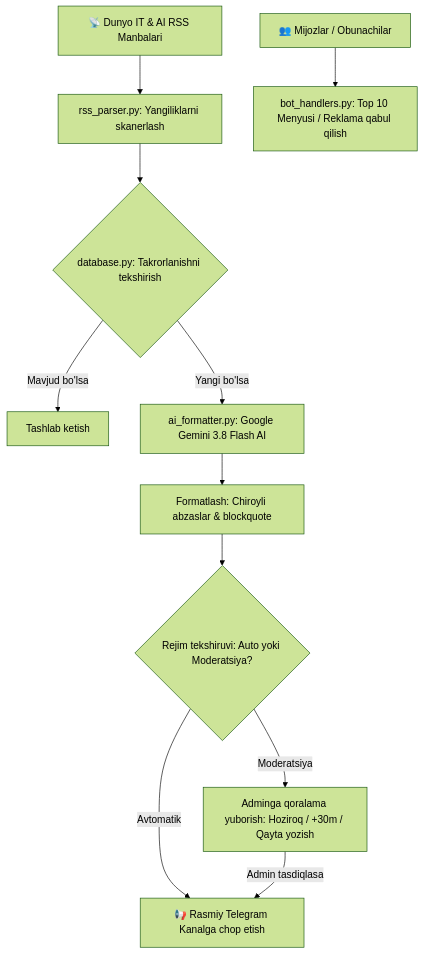
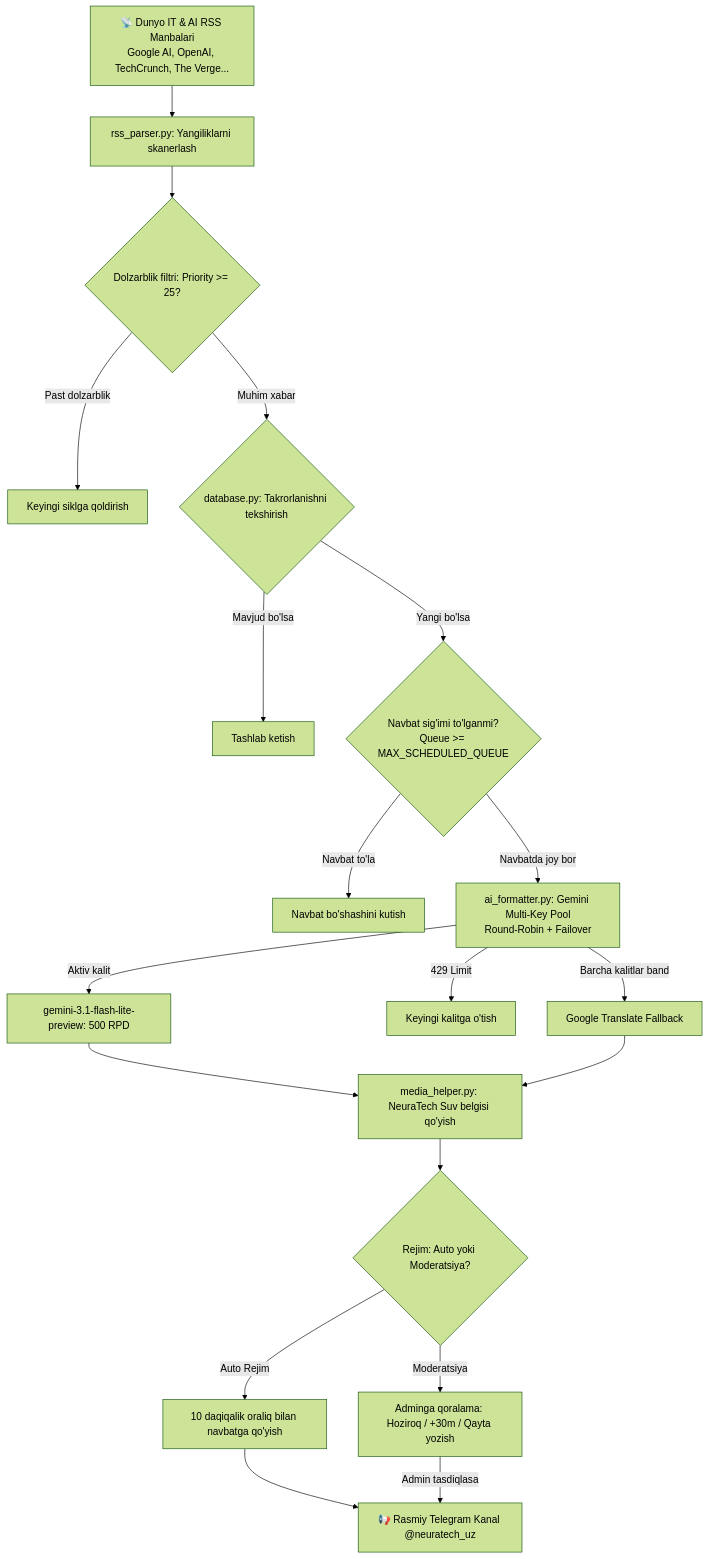
The diagram in README.md (SunnatDevPy/telegram_bot_anons_ai), drawn with Mermaid (forest theme) before and after one commit. The commit also changed other lines of this file and 5 other files, not shown here.

Commit message:
feat: upgrade queue auto-pruning, add clear_queue command, update README and env example

````diff
--- a/README.md
+++ b/README.md
@@ -92,13 +74,26 @@
 ```mermaid
 flowchart TD
-    RSS[📡 Dunyo IT & AI RSS Manbalari] --> Fetcher[rss_parser.py: Yangiliklarni skanerlash]
-    Fetcher --> Dedup{database.py: Takrorlanishni tekshirish}
-    Dedup -- "Mavjud bo'lsa" --> Skip[Tashlab ketish]
-    Dedup -- "Yangi bo'lsa" --> Gemini[ai_formatter.py: Google Gemini 3.8 Flash AI]
-    Gemini --> Formatter[Formatlash: Chiroyli abzaslar & blockquote]
-    Formatter --> ModeCheck{Rejim tekshiruvi: Auto yoki Moderatsiya?}
-    ModeCheck -- "Moderatsiya" --> AdminBot[Adminga qoralama yuborish: Hoziroq / +30m / Qayta yozish]
-    ModeCheck -- "Avtomatik" --> Channel[📢 Rasmiy Telegram Kanalga chop etish]
+    RSS[📡 Dunyo IT & AI RSS Manbalari\nGoogle AI, OpenAI, TechCrunch, The Verge...] --> Fetcher[rss_parser.py: Yangiliklarni skanerlash]
+    Fetcher --> Priority{Dolzarblik filtri: Priority >= 25?}
+    Priority -- "Past dolzarblik" --> Skip[Keyingi siklga qoldirish]
+    Priority -- "Muhim xabar" --> Dedup{database.py: Takrorlanishni tekshirish}
+    
+    Dedup -- "Mavjud bo'lsa" --> Drop[Tashlab ketish]
+    Dedup -- "Yangi bo'lsa" --> QueueCheck{Navbat sig'imi to'lganmi?\nQueue >= MAX_SCHEDULED_QUEUE}
+    QueueCheck -- "Navbat to'la" --> WaitQueue[Navbat bo'shashini kutish]
+    
+    QueueCheck -- "Navbatda joy bor" --> Pool[ai_formatter.py: Gemini Multi-Key Pool\nRound-Robin + Failover]
+    Pool -- "Aktiv kalit" --> FlashLite[gemini-3.1-flash-lite-preview: 500 RPD]
+    Pool -- "429 Limit" --> NextKey[Keyingi kalitga o'tish]
+    Pool -- "Barcha kalitlar band" --> Fallback[Google Translate Fallback]
+    
+    FlashLite --> Watermark[media_helper.py: NeuraTech Suv belgisi qo'yish]
+    Fallback --> Watermark
+    
+    Watermark --> ModeCheck{Rejim: Auto yoki Moderatsiya?}
+    ModeCheck -- "Moderatsiya" --> AdminBot[Adminga qoralama: Hoziroq / +30m / Qayta yozish]
+    ModeCheck -- "Auto Rejim" --> AntiBurst[10 daqiqalik oraliq bilan navbatga qo'yish]
+    
+    AntiBurst --> Channel[📢 Rasmiy Telegram Kanal @neuratech_uz]
     AdminBot -- "Admin tasdiqlasa" --> Channel
-    Users[👥 Mijozlar / Obunachilar] --> UserBot[bot_handlers.py: Top 10 Menyusi / Reklama qabul qilish]
 ```
````
